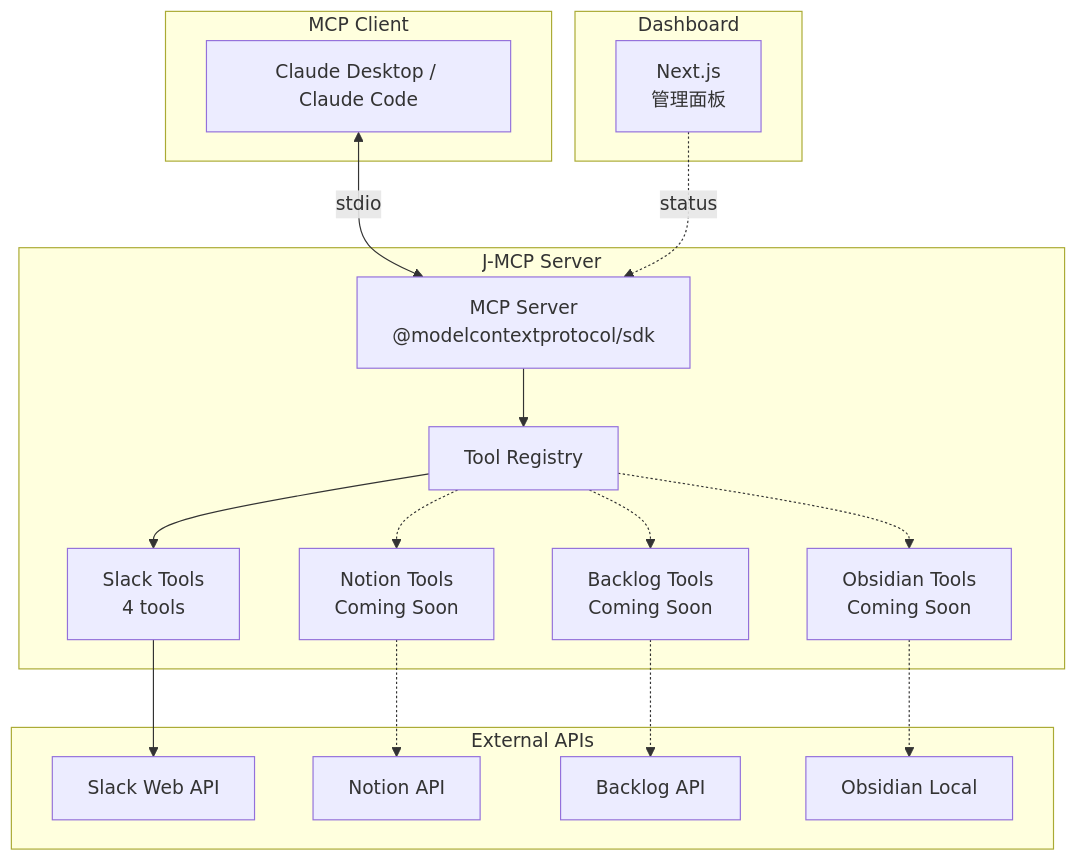
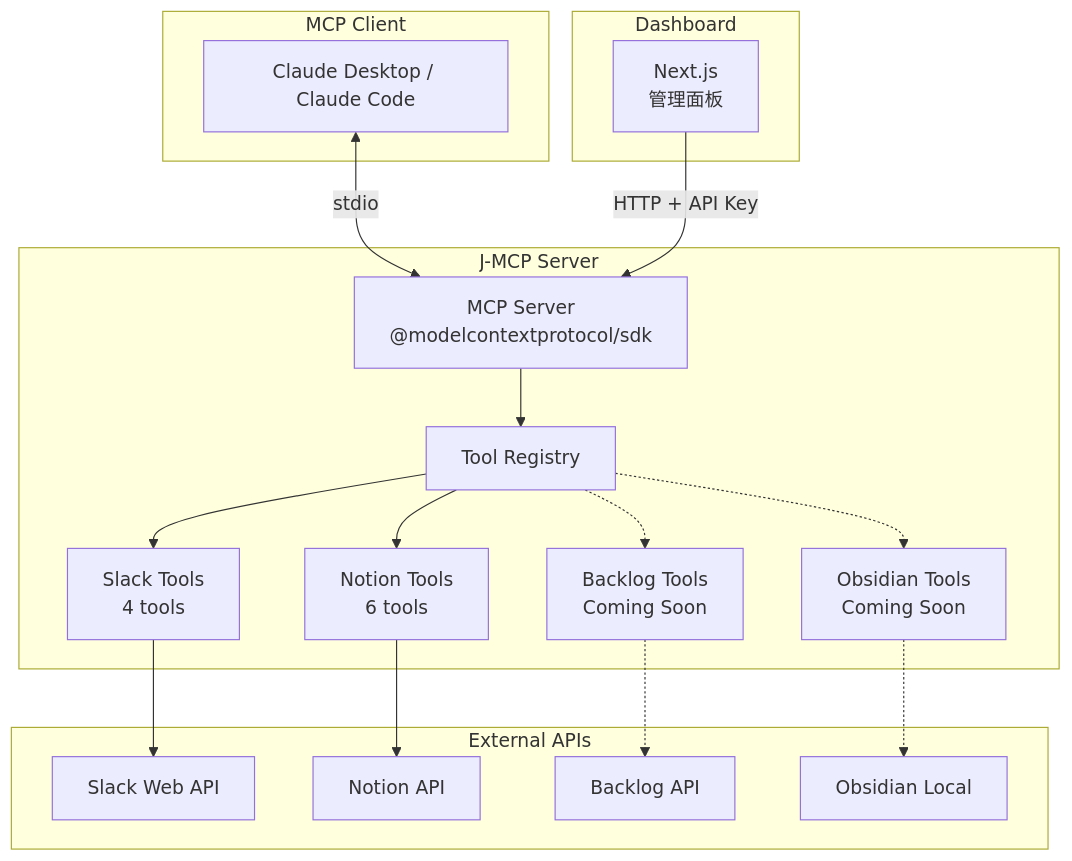
One commit to AringaRosa9/J-MCP-Server changed the diagram in README.md. Above: the diagram before and after it, drawn with Mermaid. The commit also changed other lines of this file and 16 other files, not shown here.

````diff
--- a/README.md
+++ b/README.md
@@ -13,35 +13,35 @@
 ```mermaid
 graph TB
     subgraph Client["MCP Client"]
         A["Claude Desktop / Claude Code"]
     end
     subgraph Server["J-MCP Server"]
         B["MCP Server<br/>@modelcontextprotocol/sdk"]
         C[Tool Registry]
         D["Slack Tools<br/>4 tools"]
-        E["Notion Tools<br/>Coming Soon"]
+        E["Notion Tools<br/>6 tools"]
         F["Backlog Tools<br/>Coming Soon"]
         G["Obsidian Tools<br/>Coming Soon"]
     end
     subgraph APIs["External APIs"]
         H[Slack Web API]
         I[Notion API]
         J[Backlog API]
         K[Obsidian Local]
     end
     subgraph Frontend["Dashboard"]
         L["Next.js<br/>管理面板"]
     end
 
     A <-->|stdio| B
     B --> C
     C --> D
-    C -.-> E
+    C --> E
     C -.-> F
     C -.-> G
     D --> H
-    E -.-> I
+    E --> I
     F -.-> J
     G -.-> K
-    L -.->|status| B
+    L -->|HTTP + API Key| B
 ```
````
